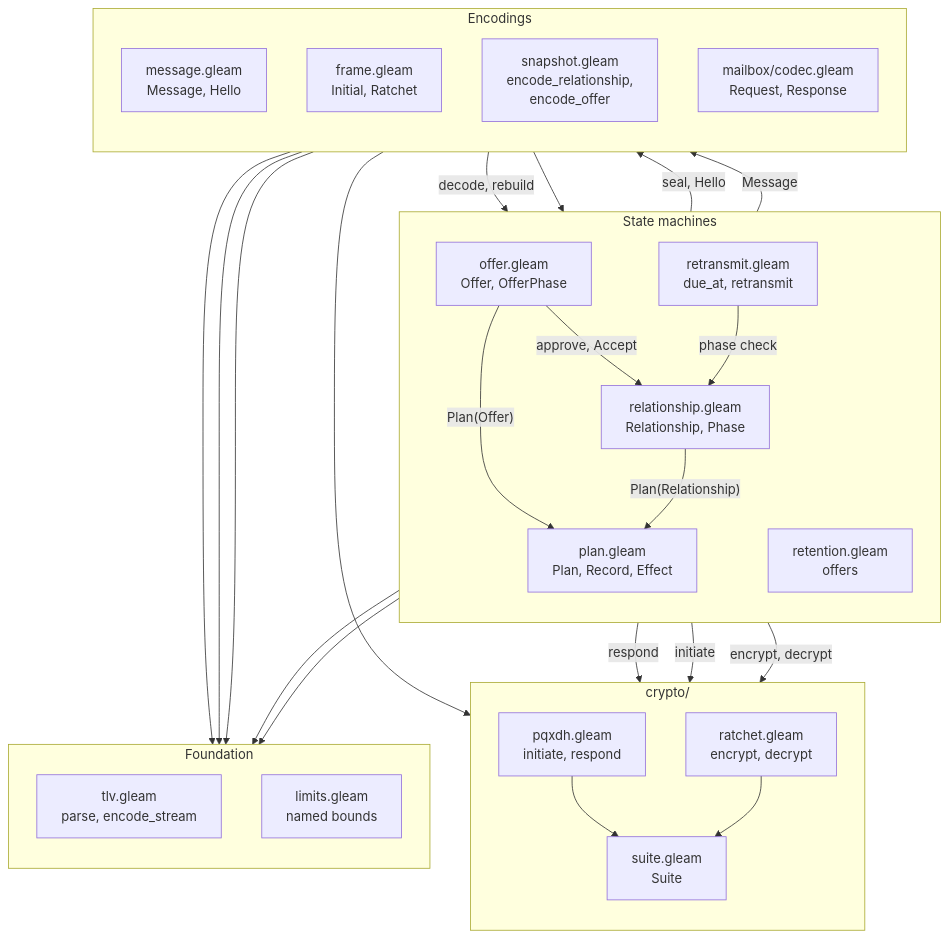
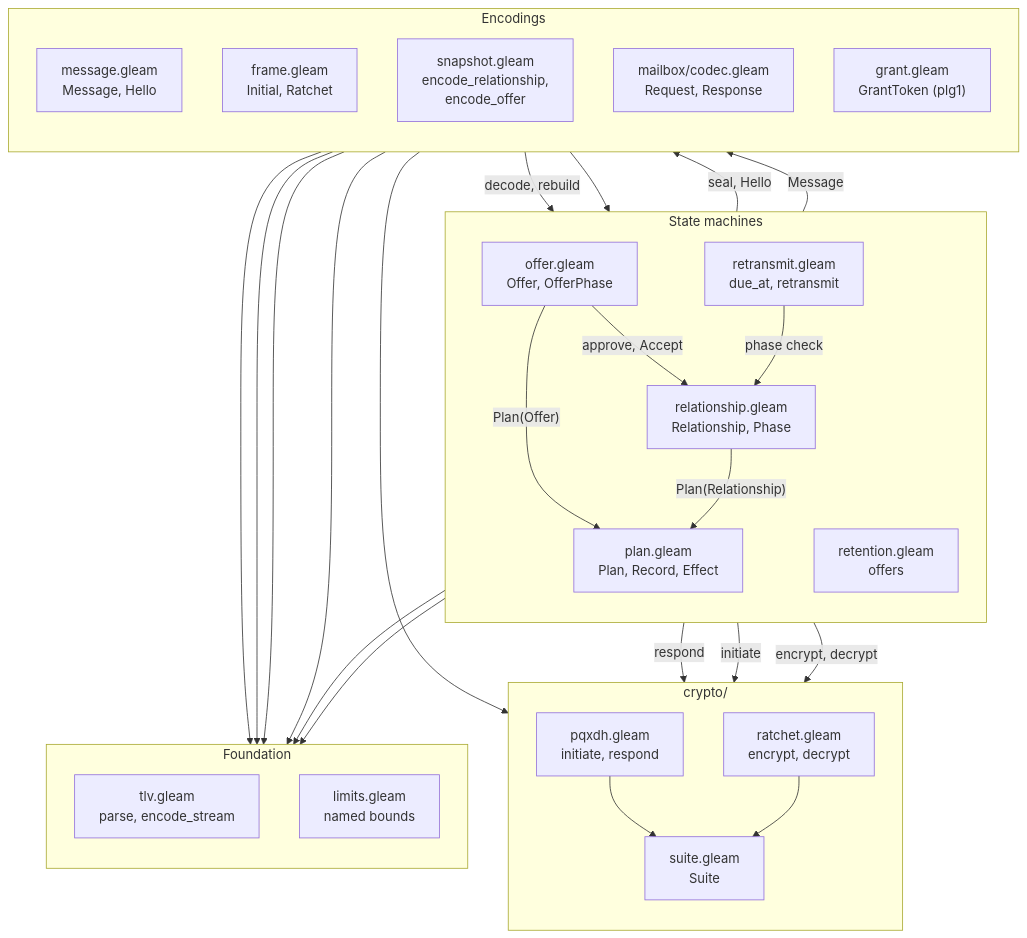
One commit to Roasbeef/pondline changed the first of 11 diagrams in packages/core/README.md. Above: the diagram before and after it, drawn with Mermaid. The commit also changed other lines of this file and 10 other files, not shown here.

First line of the commit message:
docs: sync architecture docs and site allowlist with ADR-015

````diff
--- a/packages/core/README.md
+++ b/packages/core/README.md
@@ -27,52 +27,54 @@
 ```mermaid
 flowchart TB
     subgraph SM["State machines"]
         direction TB
         offer["offer.gleam<br/>Offer, OfferPhase"]
         rel["relationship.gleam<br/>Relationship, Phase"]
         retx["retransmit.gleam<br/>due_at, retransmit"]
         ret["retention.gleam<br/>offers"]
         plan["plan.gleam<br/>Plan, Record, Effect"]
     end
 
     subgraph WIRE["Encodings"]
         direction TB
         msg["message.gleam<br/>Message, Hello"]
         frame["frame.gleam<br/>Initial, Ratchet"]
         snap["snapshot.gleam<br/>encode_relationship,<br/>encode_offer"]
         mbx["mailbox/codec.gleam<br/>Request, Response"]
+        grt["grant.gleam<br/>GrantToken (plg1)"]
     end
 
     subgraph CRYPTO["crypto/"]
         direction TB
         pqxdh["pqxdh.gleam<br/>initiate, respond"]
         ratchet["ratchet.gleam<br/>encrypt, decrypt"]
         suite["suite.gleam<br/>Suite"]
     end
 
     subgraph FOUND["Foundation"]
         direction TB
         tlv["tlv.gleam<br/>parse, encode_stream"]
         limits["limits.gleam<br/>named bounds"]
     end
 
     offer -- "approve, Accept" --> rel
     offer -- "respond" --> pqxdh
     rel -- "initiate" --> pqxdh
     rel -- "encrypt, decrypt" --> ratchet
     rel -- "seal, Hello" --> frame
     rel -- "Message" --> msg
     offer -- "Plan(Offer)" --> plan
     rel -- "Plan(Relationship)" --> plan
     retx -- "phase check" --> rel
     snap -- "decode, rebuild" --> rel
     snap --> offer
     frame --> pqxdh
     msg --> tlv
     mbx --> tlv
     snap --> tlv
+    grt --> limits
     retx --> limits
     ret --> limits
     pqxdh --> suite
     ratchet --> suite
 ```
````
